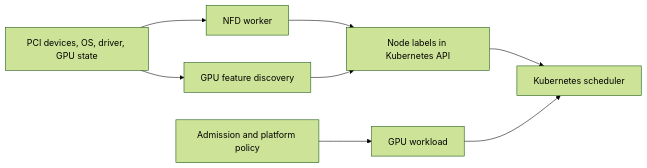
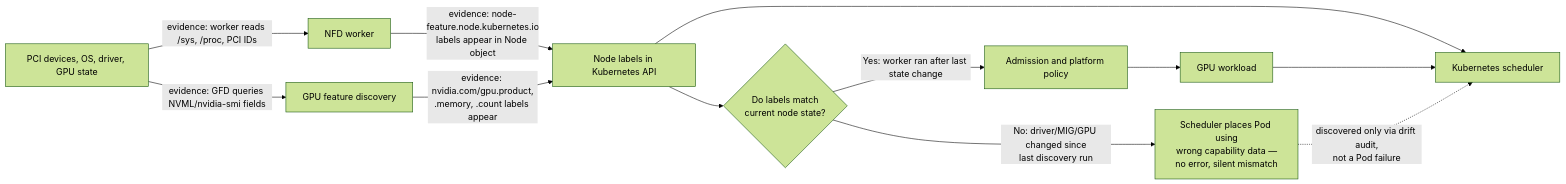
The diagram in docs/nvidia-zero-to-hero/volume-10/chapter-05-node-and-gpu-feature-discovery.md (jithinpnjm/nvidia-devops), drawn with Mermaid (forest theme) before and after one commit. The commit also changed other lines of this file and 10 other files, not shown here.

Commit message:
WIP checkpoint: depth rework in progress, NOT verified/built — session hit rate limit mid-run

````diff
--- a/docs/nvidia-zero-to-hero/volume-10/chapter-05-node-and-gpu-feature-discovery.md
+++ b/docs/nvidia-zero-to-hero/volume-10/chapter-05-node-and-gpu-feature-discovery.md
@@ -32,15 +32,21 @@
 ```mermaid
 flowchart LR
     Host[PCI devices, OS, driver, GPU state]
     NFD[NFD worker]
     GFD[GPU feature discovery]
     API[Node labels in Kubernetes API]
+    Fresh{"Do labels match<br/>current node state?"}
+    Stale["Scheduler places Pod using<br/>wrong capability data —<br/>no error, silent mismatch"]
     Policy[Admission and platform policy]
     Scheduler[Kubernetes scheduler]
     Pod[GPU workload]
-    Host --> NFD --> API
-    Host --> GFD --> API
+    Host -->|"evidence: worker reads /sys, /proc, PCI IDs"| NFD -->|"evidence: node-feature.node.kubernetes.io<br/>labels appear in Node object"| API
+    Host -->|"evidence: GFD queries NVML/nvidia-smi fields"| GFD -->|"evidence: nvidia.com/gpu.product,<br/>.memory, .count labels appear"| API
+    API --> Fresh
+    Fresh -->|"Yes: worker ran after last state change"| Policy
+    Fresh -->|"No: driver/MIG/GPU changed since<br/>last discovery run"| Stale
     Policy --> Pod
     API --> Scheduler
     Pod --> Scheduler
+    Stale -.->|"discovered only via drift audit,<br/>not a Pod failure"| Scheduler
 ```
````
